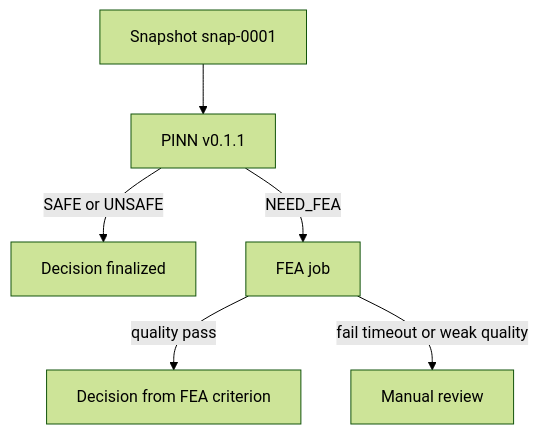
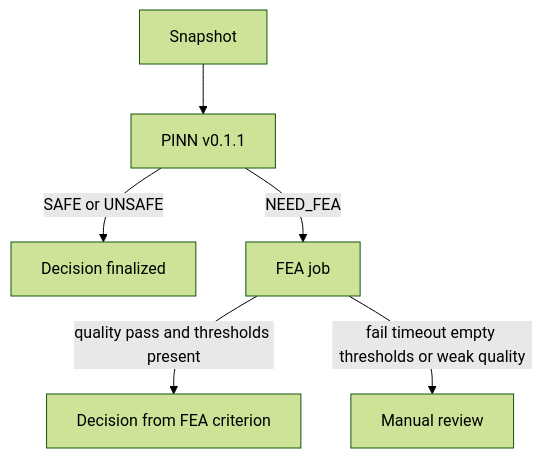
Before and after one commit to Hooneybadger/ColdDrawingDT: the diagram in README.md, drawn with Mermaid (forest theme). The commit also changed other lines of this file, not shown here.

````diff
--- a/README.md
+++ b/README.md
@@ -59,8 +54,8 @@
 ```mermaid
 flowchart TD
-  snapshot[Snapshot snap-0001] --> pinn[PINN v0.1.1]
+  snapshot[Snapshot] --> pinn[PINN v0.1.1]
   pinn -->|SAFE or UNSAFE| decision[Decision finalized]
   pinn -->|NEED_FEA| fea[FEA job]
-  fea -->|quality pass| feaDecision[Decision from FEA criterion]
-  fea -->|fail timeout or weak quality| review[Manual review]
+  fea -->|quality pass and thresholds present| feaDecision[Decision from FEA criterion]
+  fea -->|fail timeout empty thresholds or weak quality| review[Manual review]
 ```
````
